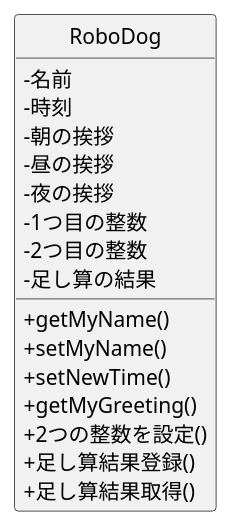
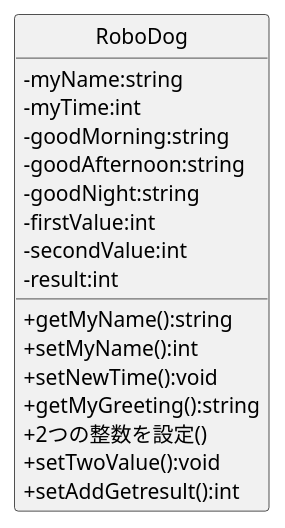
One commit to okayuuma/ohara_uml changed the diagram in 06_robo_dog/class.pu. Above: the diagram before and after it, drawn with PlantUML.

Commit message:
10章.3

```diff
--- a/06_robo_dog/class.pu
+++ b/06_robo_dog/class.pu
@@ -1,24 +1,24 @@
 @startuml Robodogクラス図
 skinparam classAttributeIconSize 0
 hide circle
 
 class RoboDog {
- -名前
- -時刻
- -朝の挨拶
- -昼の挨拶
- -夜の挨拶
- -1つ目の整数
- -2つ目の整数
- -足し算の結果
+ -myName:string
+ -myTime:int
+ -goodMorning:string
+ -goodAfternoon:string
+ -goodNight:string
+ -firstValue:int
+ -secondValue:int
+ -result:int
 
- +getMyName()
- +setMyName()
- +setNewTime()
- +getMyGreeting()
+ +getMyName():string
+ +setMyName():int
+ +setNewTime():void
+ +getMyGreeting():string
  +2つの整数を設定()
- +足し算結果登録()
- +足し算結果取得()
+ +setTwoValue():void
+ +setAddGetresult():int
 }
 
 @enduml
```
